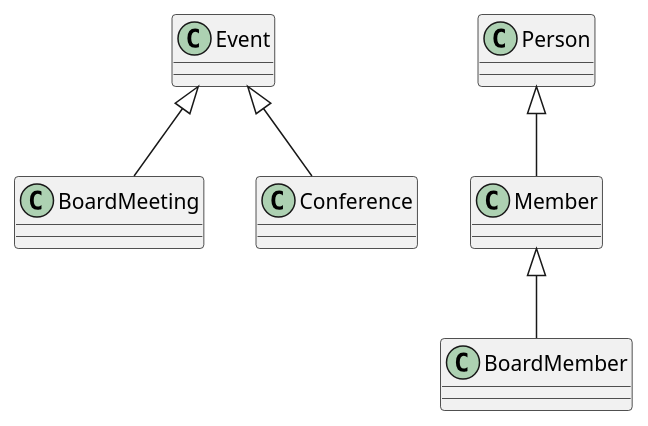
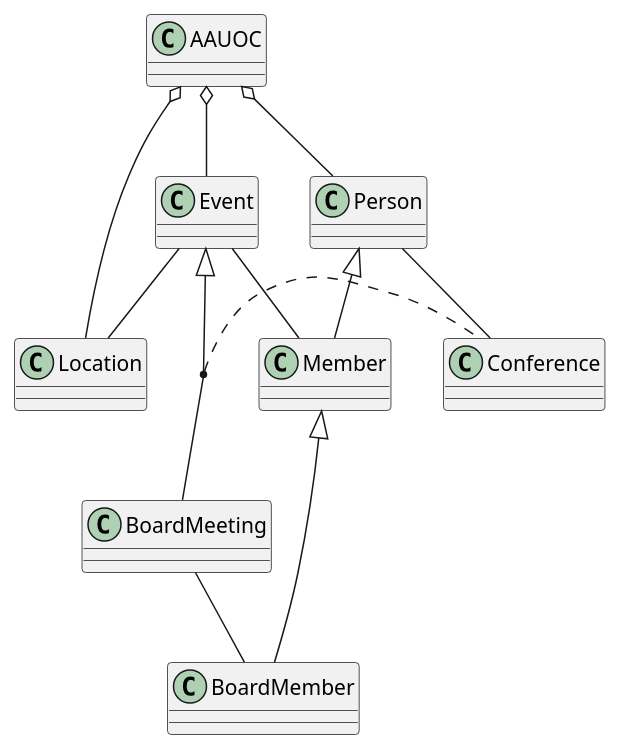
One commit to JuanmaEDE/UMLClasesJuanManuelBelaunde changed the diagram in src/AsociacionAlumnos.puml. Above: the diagram before and after it, drawn with PlantUML.

Commit message:
Añadimos las clases Location y AAUOC y sus relaciones con el resto de clases

```diff
--- a/src/AsociacionAlumnos.puml
+++ b/src/AsociacionAlumnos.puml
@@ -1,8 +1,20 @@
 @startuml
+AAUOC o-- Location
+AAUOC o-- Person
+AAUOC o-- Event
+
 Event <|--BoardMeeting
-Event <|--Conference
 
-Person  <|--  Member
+Event -- Location
+
+
+Person  <|-- Member
+Person -- Conference
+
 Member <|-- BoardMember
 
+Event -- Member
+(BoardMeeting,Event) .Conference
+BoardMeeting -- BoardMember
+
 @enduml
```
